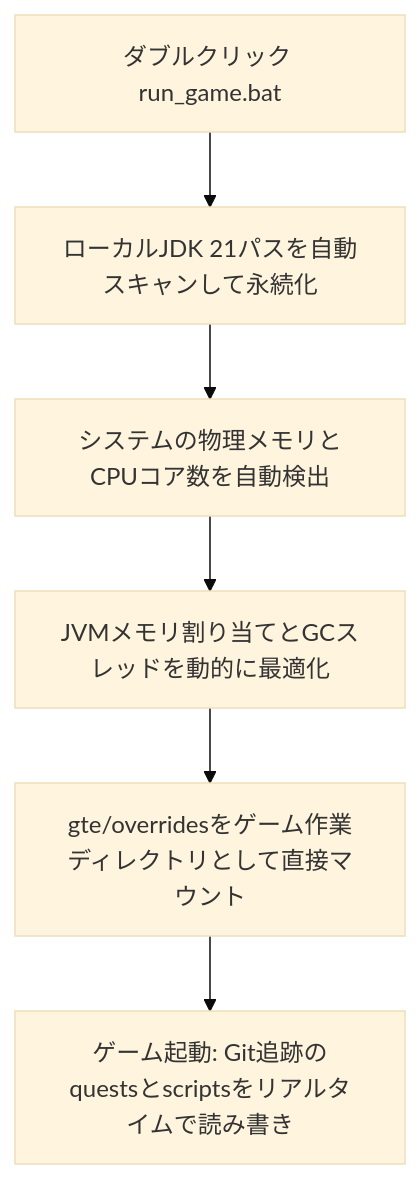
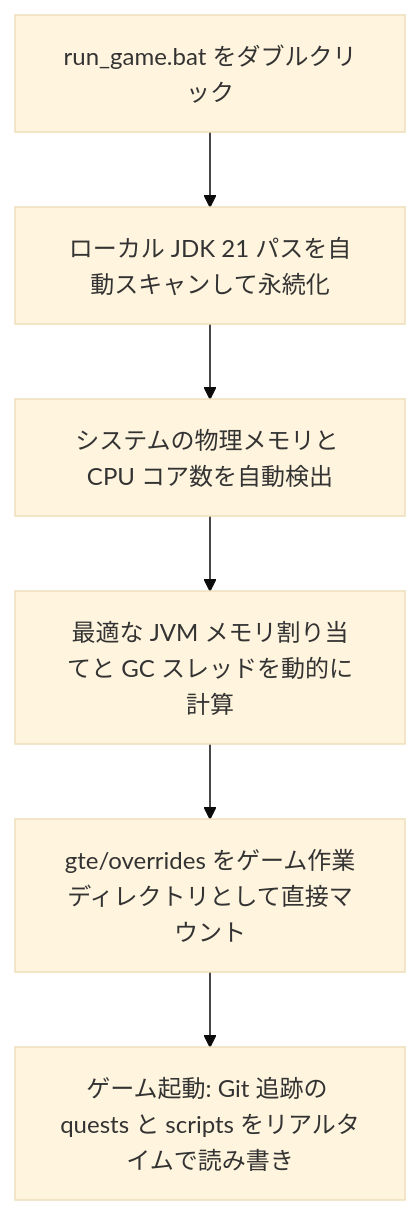
Before and after one commit to takanashisatou/GregtechEasy: the diagram in docs/ja/development/runtime-and-launchers.md, drawn with Mermaid (base theme). The commit also changed other lines of this file and 138 other files, not shown here.

````diff
--- a/docs/ja/development/runtime-and-launchers.md
+++ b/docs/ja/development/runtime-and-launchers.md
@@ -11,8 +11,8 @@
 ```mermaid
 graph TD
-    A[ダブルクリック run_game.bat] --> B[ローカルJDK 21パスを自動スキャンして永続化]
-    B --> C[システムの物理メモリとCPUコア数を自動検出]
-    C --> D[JVMメモリ割り当てとGCスレッドを動的に最適化]
-    D --> E[gte/overridesをゲーム作業ディレクトリとして直接マウント]
-    E --> F[ゲーム起動: Git追跡のquestsとscriptsをリアルタイムで読み書き]
+    A[run_game.bat をダブルクリック] --> B[ローカル JDK 21 パスを自動スキャンして永続化]
+    B --> C[システムの物理メモリと CPU コア数を自動検出]
+    C --> D[最適な JVM メモリ割り当てと GC スレッドを動的に計算]
+    D --> E[gte/overrides をゲーム作業ディレクトリとして直接マウント]
+    E --> F[ゲーム起動: Git 追跡の quests と scripts をリアルタイムで読み書き]
 ```
````
